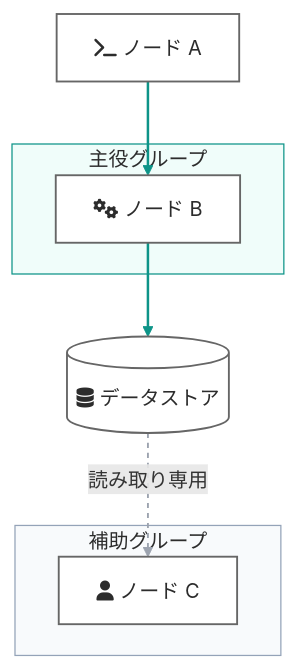
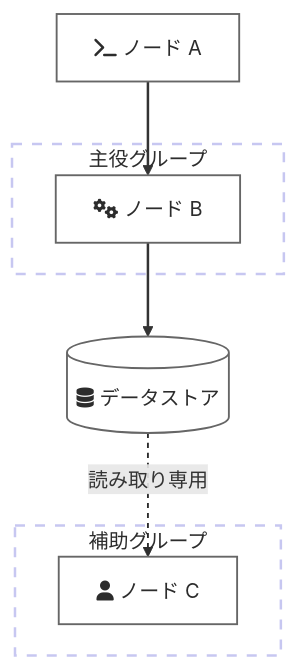
The first of 3 diagrams in skills/claude/gospelo-mermaid-plus/references/color-scheme.md (gospelo-dev/mermaid-plus), drawn with Mermaid before and after one commit. The commit also changed other lines of this file and 10 other files, not shown here.

First line of the commit message:
feat(mermaid-plus)!: make the default color scheme near-monotone

````diff
--- a/skills/claude/gospelo-mermaid-plus/references/color-scheme.md
+++ b/skills/claude/gospelo-mermaid-plus/references/color-scheme.md
@@ -123,29 +129,29 @@
 ```mermaid
 ---
 config:
   elk:
     lineHops: false
 ---
 flowchart TB
     A["fa:fa-terminal ノード A"]
     subgraph Main["主役グループ"]
         B["fa:fa-gears ノード B"]
     end
     subgraph Sub["補助グループ"]
         C["fa:fa-user ノード C"]
     end
     DB[("fa:fa-database データストア")]
 
     A --> B
     B --> DB
     DB -.->|読み取り専用| C
 
     classDef node fill:#FFFFFF,stroke:#666666,stroke-width:1.5px,color:#2C2C2C
     class A,B,C,DB node
-    style Main fill:#F0FDFA,stroke:#0D9488,color:#2C2C2C
-    style Sub fill:#F8FAFC,stroke:#94A3B8,color:#2C2C2C
+    style Main fill:none,stroke:#C7C7F1,stroke-width:2px,stroke-dasharray:8 8,color:#2C2C2C
+    style Sub fill:none,stroke:#C7C7F1,stroke-width:2px,stroke-dasharray:8 8,color:#2C2C2C
 
-    %% normal flow = solid teal / non-destructive = dashed grey
-    linkStyle 0,1 stroke:#0D9488,stroke-width:2px
-    linkStyle 2 stroke:#9CA3AF,stroke-width:1.5px,stroke-dasharray:4 4
+    %% normal flow = solid / non-destructive = dashed
+    linkStyle 0,1 stroke:#333333,stroke-width:2px
+    linkStyle 2 stroke:#2C2C2C,stroke-width:1.5px,stroke-dasharray:4 4
 ```
````
